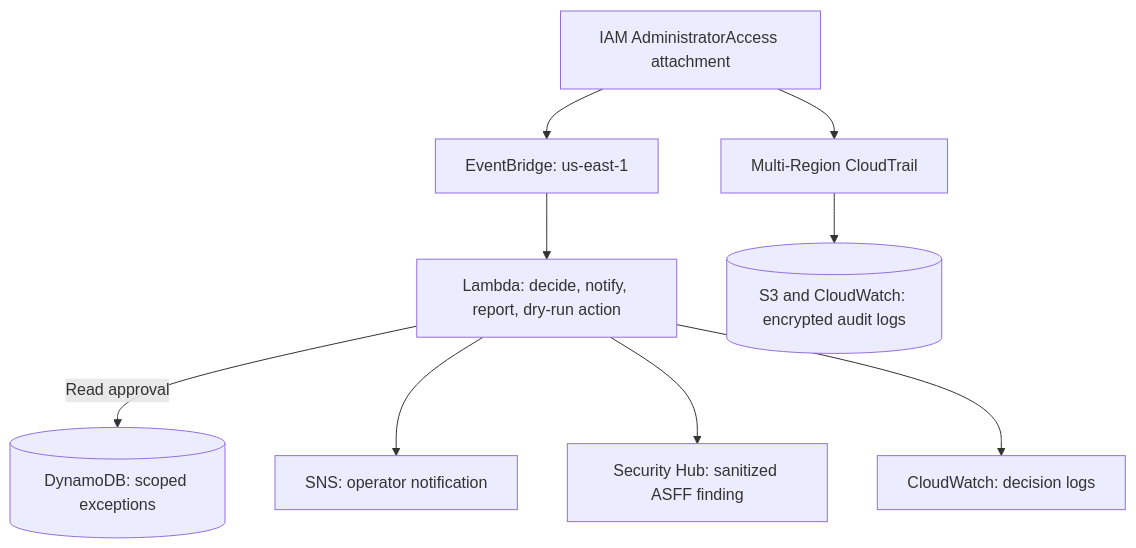
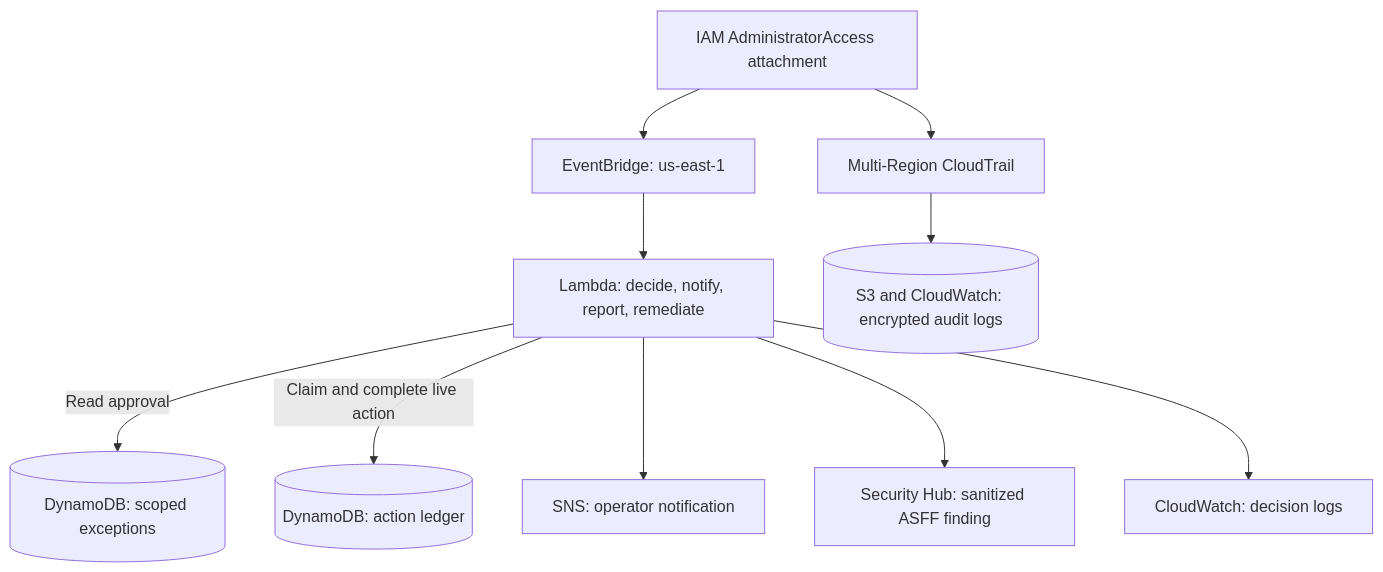
The diagram in README.md (Luekrit/Cloud-Security-Automation), drawn with Mermaid before and after one commit. The commit also changed other lines of this file and 16 other files, not shown here.

````diff
--- a/README.md
+++ b/README.md
@@ -17,20 +17,22 @@
 ```mermaid
 flowchart TB
     EVENT["IAM AdministratorAccess attachment"]
     EB["EventBridge: us-east-1"]
-    LAMBDA["Lambda: decide, notify, report, dry-run action"]
+    LAMBDA["Lambda: decide, notify, report, remediate"]
     DDB[("DynamoDB: scoped exceptions")]
+    LEDGER[("DynamoDB: action ledger")]
     SNS["SNS: operator notification"]
     SH["Security Hub: sanitized ASFF finding"]
     LOGS["CloudWatch: decision logs"]
     CT["Multi-Region CloudTrail"]
     AUDIT[("S3 and CloudWatch: encrypted audit logs")]
     EVENT --> EB
     EB --> LAMBDA
     LAMBDA -->|"Read approval"| DDB
+    LAMBDA -->|"Claim and complete live action"| LEDGER
     LAMBDA --> SNS
     LAMBDA --> SH
     LAMBDA --> LOGS
     EVENT --> CT
     CT --> AUDIT
 ```
````
